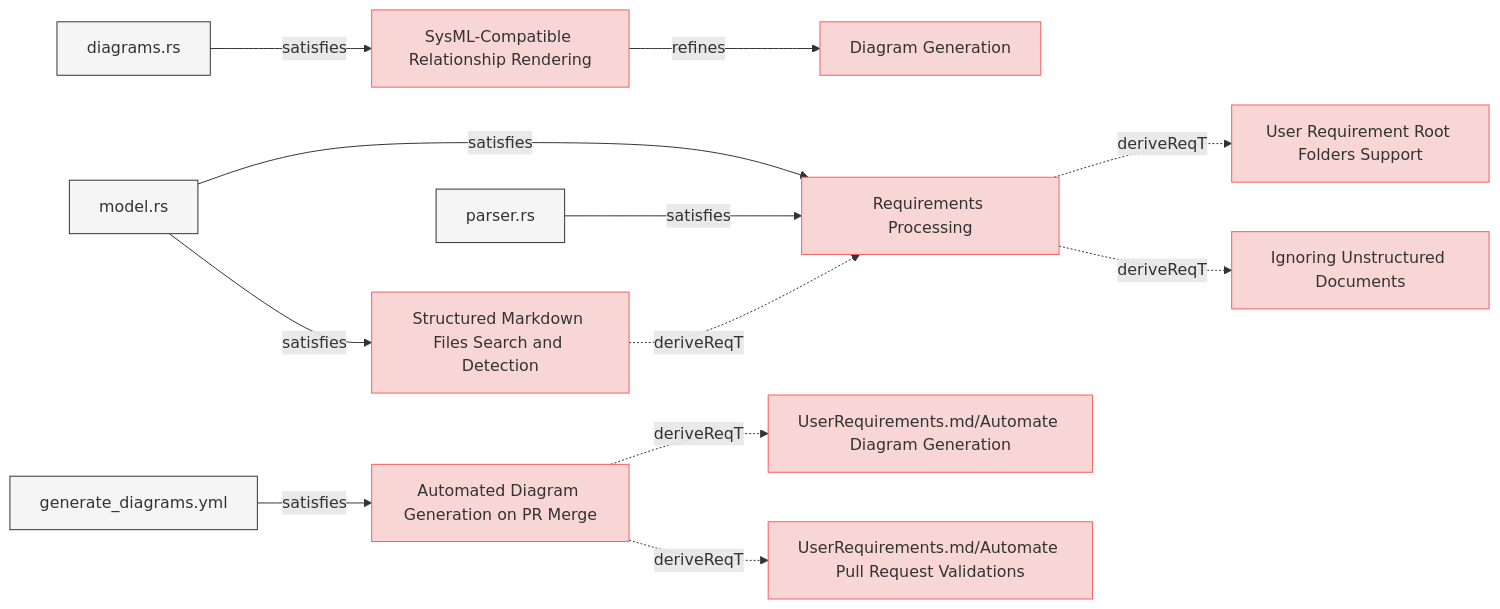
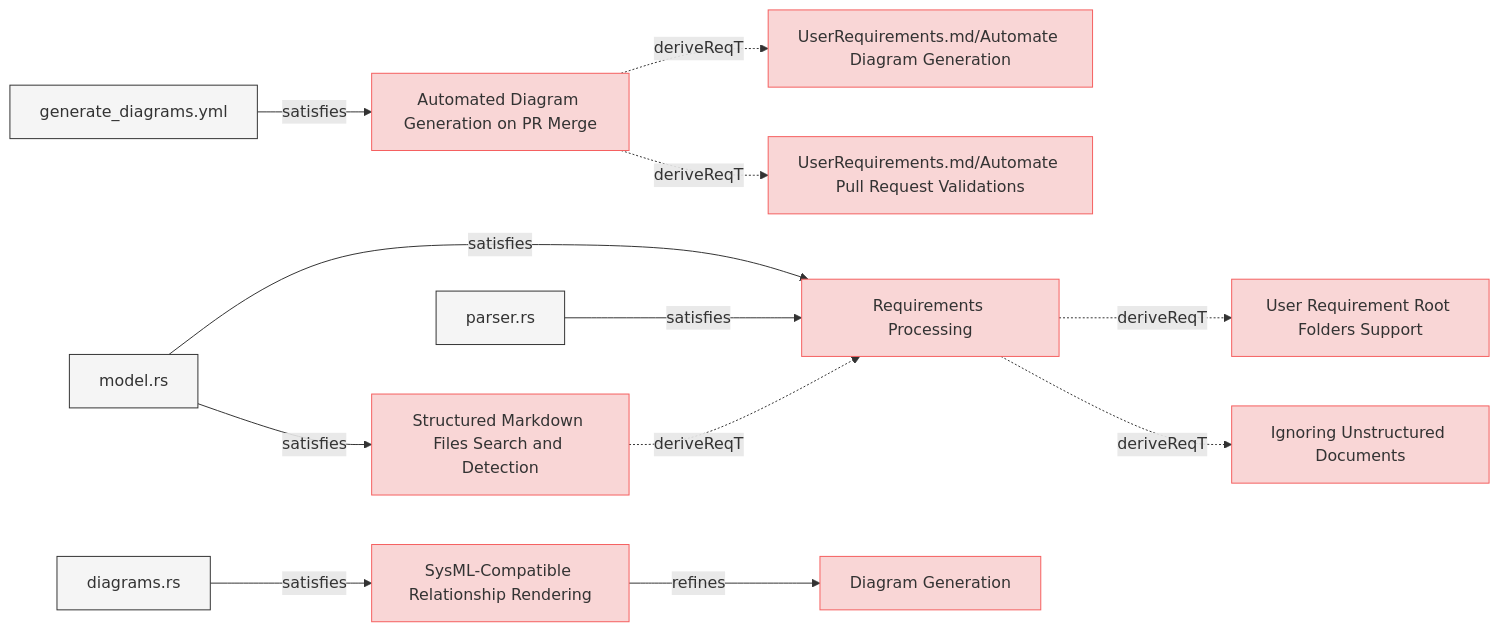
The fourth of 8 diagrams in specifications/SystemRequirements/Requirements.md (reqvire-org/reqvire), drawn with Mermaid before and after one commit. The commit also changed other lines of this file and 18 other files, not shown here.

````diff
--- a/specifications/SystemRequirements/Requirements.md
+++ b/specifications/SystemRequirements/Requirements.md
@@ -441,62 +441,62 @@
 ```mermaid
 graph LR;
   %% Graph styling
   classDef requirement fill:#f9d6d6,stroke:#f55f5f,stroke-width:1px;
   classDef verification fill:#d6f9d6,stroke:#5fd75f,stroke-width:1px;
   classDef externalLink fill:#d0e0ff,stroke:#3080ff,stroke-width:1px;
   classDef default fill:#f5f5f5,stroke:#333333,stroke-width:1px;
 
-  379a8586548b9ac7["SysML-Compatible Relationship Rendering"];
-  class 379a8586548b9ac7 requirement;
-  click 379a8586548b9ac7 "Requirements.md#sysml-compatible-relationship-rendering";
-  e9aee7d9477f4abe["Diagram Generation"];
-  class e9aee7d9477f4abe requirement;
-  click e9aee7d9477f4abe "Requirements.md#diagram-generation";
-  379a8586548b9ac7 -->|refines| e9aee7d9477f4abe;
-  dad7eeb932afdb92["diagrams.rs"];
-  class dad7eeb932afdb92 default;
-  click dad7eeb932afdb92 "../../core/src/diagrams.rs";
-  dad7eeb932afdb92 -->|satisfies| 379a8586548b9ac7;
+  3e3df7ad427a88fa["Automated Diagram Generation on PR Merge"];
+  class 3e3df7ad427a88fa requirement;
+  click 3e3df7ad427a88fa "Requirements.md#automated-diagram-generation-on-pr-merge";
+  98a581084d5542fa["UserRequirements.md/Automate Diagram Generation"];
+  class 98a581084d5542fa requirement;
+  click 98a581084d5542fa "../UserRequirements.md#automate-diagram-generation";
+  3e3df7ad427a88fa -.->|deriveReqT| 98a581084d5542fa;
+  15f2f511b2399406["UserRequirements.md/Automate Pull Request Validations"];
+  class 15f2f511b2399406 requirement;
+  click 15f2f511b2399406 "../UserRequirements.md#automate-pull-request-validations";
+  3e3df7ad427a88fa -.->|deriveReqT| 15f2f511b2399406;
+  98af8a1cf9c86822["generate_diagrams.yml"];
+  class 98af8a1cf9c86822 default;
+  click 98af8a1cf9c86822 "../../.github/workflows/generate_diagrams.yml";
+  98af8a1cf9c86822 -->|satisfies| 3e3df7ad427a88fa;
   bed8d0948b3e5ccd["Requirements Processing"];
   class bed8d0948b3e5ccd requirement;
   click bed8d0948b3e5ccd "Requirements.md#requirements-processing";
   a9d6e2569d5acd60["User Requirement Root Folders Support"];
   class a9d6e2569d5acd60 requirement;
   click a9d6e2569d5acd60 "Requirements.md#user-requirement-root-folders-support";
   bed8d0948b3e5ccd -.->|deriveReqT| a9d6e2569d5acd60;
   be83c2991e9535c7["Ignoring Unstructured Documents"];
   class be83c2991e9535c7 requirement;
   click be83c2991e9535c7 "Requirements.md#ignoring-unstructured-documents";
   bed8d0948b3e5ccd -.->|deriveReqT| be83c2991e9535c7;
   d50a859650933e55["model.rs"];
   class d50a859650933e55 default;
   click d50a859650933e55 "../../core/src/model.rs";
   d50a859650933e55 -->|satisfies| bed8d0948b3e5ccd;
   f22d93285fcd7664["parser.rs"];
   class f22d93285fcd7664 default;
   click f22d93285fcd7664 "../../core/src/parser.rs";
   f22d93285fcd7664 -->|satisfies| bed8d0948b3e5ccd;
-  3e3df7ad427a88fa["Automated Diagram Generation on PR Merge"];
-  class 3e3df7ad427a88fa requirement;
-  click 3e3df7ad427a88fa "Requirements.md#automated-diagram-generation-on-pr-merge";
-  98a581084d5542fa["UserRequirements.md/Automate Diagram Generation"];
-  class 98a581084d5542fa requirement;
-  click 98a581084d5542fa "../UserRequirements.md#automate-diagram-generation";
-  3e3df7ad427a88fa -.->|deriveReqT| 98a581084d5542fa;
-  15f2f511b2399406["UserRequirements.md/Automate Pull Request Validations"];
-  class 15f2f511b2399406 requirement;
-  click 15f2f511b2399406 "../UserRequirements.md#automate-pull-request-validations";
-  3e3df7ad427a88fa -.->|deriveReqT| 15f2f511b2399406;
-  98af8a1cf9c86822["generate_diagrams.yml"];
-  class 98af8a1cf9c86822 default;
-  click 98af8a1cf9c86822 "../../.github/workflows/generate_diagrams.yml";
-  98af8a1cf9c86822 -->|satisfies| 3e3df7ad427a88fa;
+  379a8586548b9ac7["SysML-Compatible Relationship Rendering"];
+  class 379a8586548b9ac7 requirement;
+  click 379a8586548b9ac7 "Requirements.md#sysml-compatible-relationship-rendering";
+  e9aee7d9477f4abe["Diagram Generation"];
+  class e9aee7d9477f4abe requirement;
+  click e9aee7d9477f4abe "Requirements.md#diagram-generation";
+  379a8586548b9ac7 -->|refines| e9aee7d9477f4abe;
+  dad7eeb932afdb92["diagrams.rs"];
+  class dad7eeb932afdb92 default;
+  click dad7eeb932afdb92 "../../core/src/diagrams.rs";
+  dad7eeb932afdb92 -->|satisfies| 379a8586548b9ac7;
   66582f9b6bdde6c4["Structured Markdown Files Search and Detection"];
   class 66582f9b6bdde6c4 requirement;
   click 66582f9b6bdde6c4 "Requirements.md#structured-markdown-files-search-and-detection";
   66582f9b6bdde6c4 -.->|deriveReqT| bed8d0948b3e5ccd;
   d50a859650933e55["model.rs"];
   class d50a859650933e55 default;
   click d50a859650933e55 "../../core/src/model.rs";
   d50a859650933e55 -->|satisfies| 66582f9b6bdde6c4;
 ```
````
